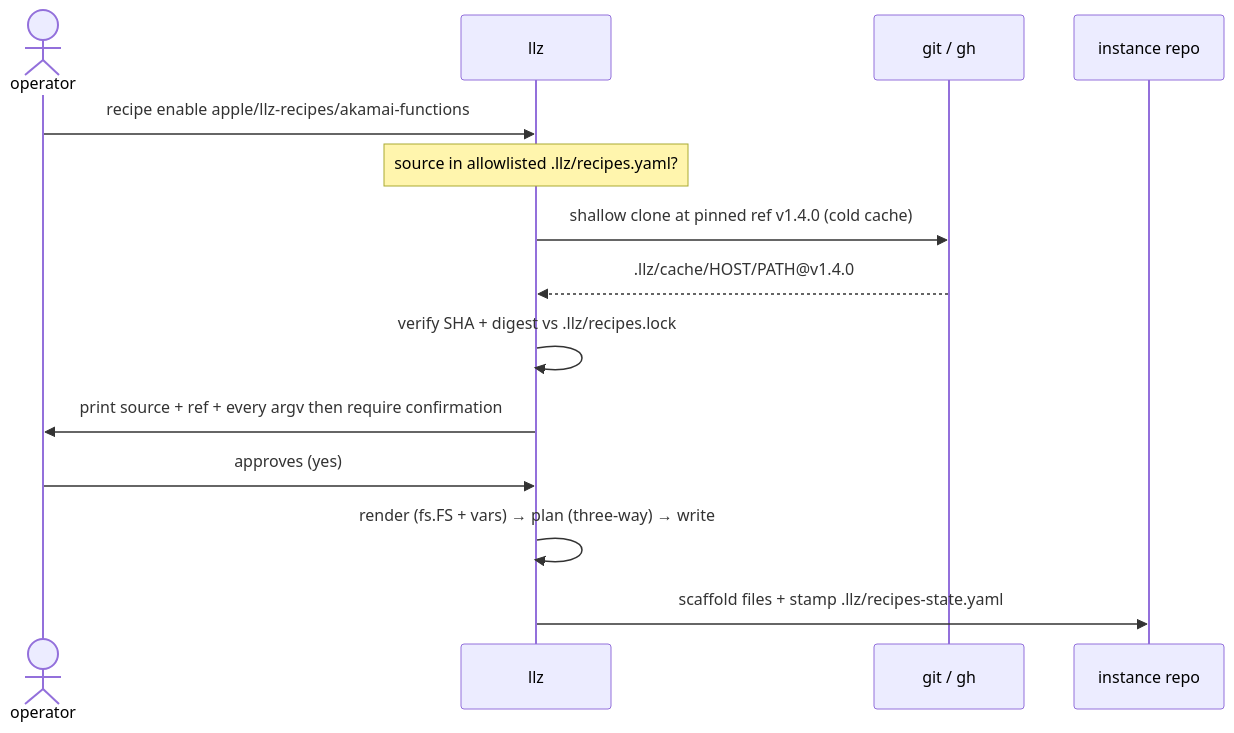
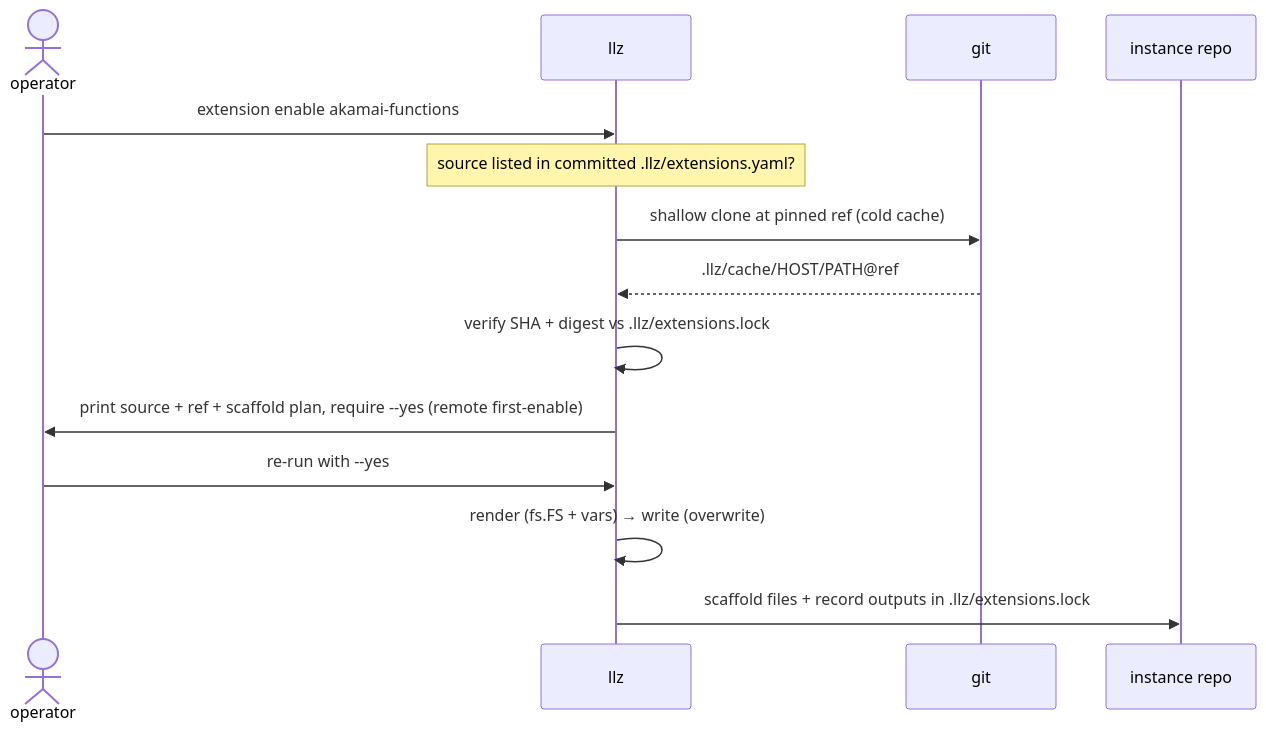
One commit to akamai-consulting/lke-landing-zone changed diagram 13 of 14 in docs/architecture/recipes.md. Above: the diagram before and after it, drawn with Mermaid. The commit also changed other lines of this file and 21 other files, not shown here.

First line of the commit message:
feat(llz): explicit stage: universal for cross-cutting extensions (schema v3)

````diff
--- a/docs/architecture/recipes.md
+++ b/docs/architecture/recipes.md
@@ -884,16 +746,16 @@
 ```mermaid
 sequenceDiagram
   actor Op as operator
   participant llz
-  participant Git as git / gh
+  participant Git as git
   participant Repo as instance repo
-  Op->>llz: recipe enable apple/llz-recipes/akamai-functions
-  Note over llz: source in allowlisted .llz/recipes.yaml?
-  llz->>Git: shallow clone at pinned ref v1.4.0 (cold cache)
-  Git-->>llz: .llz/cache/HOST/PATH@v1.4.0
-  llz->>llz: verify SHA + digest vs .llz/recipes.lock
-  llz->>Op: print source + ref + every argv then require confirmation
-  Op->>llz: approves (yes)
-  llz->>llz: render (fs.FS + vars) → plan (three-way) → write
-  llz->>Repo: scaffold files + stamp .llz/recipes-state.yaml
+  Op->>llz: extension enable akamai-functions
+  Note over llz: source listed in committed .llz/extensions.yaml?
+  llz->>Git: shallow clone at pinned ref (cold cache)
+  Git-->>llz: .llz/cache/HOST/PATH@ref
+  llz->>llz: verify SHA + digest vs .llz/extensions.lock
+  llz->>Op: print source + ref + scaffold plan, require --yes (remote first-enable)
+  Op->>llz: re-run with --yes
+  llz->>llz: render (fs.FS + vars) → write (overwrite)
+  llz->>Repo: scaffold files + record outputs in .llz/extensions.lock
 ```
````
